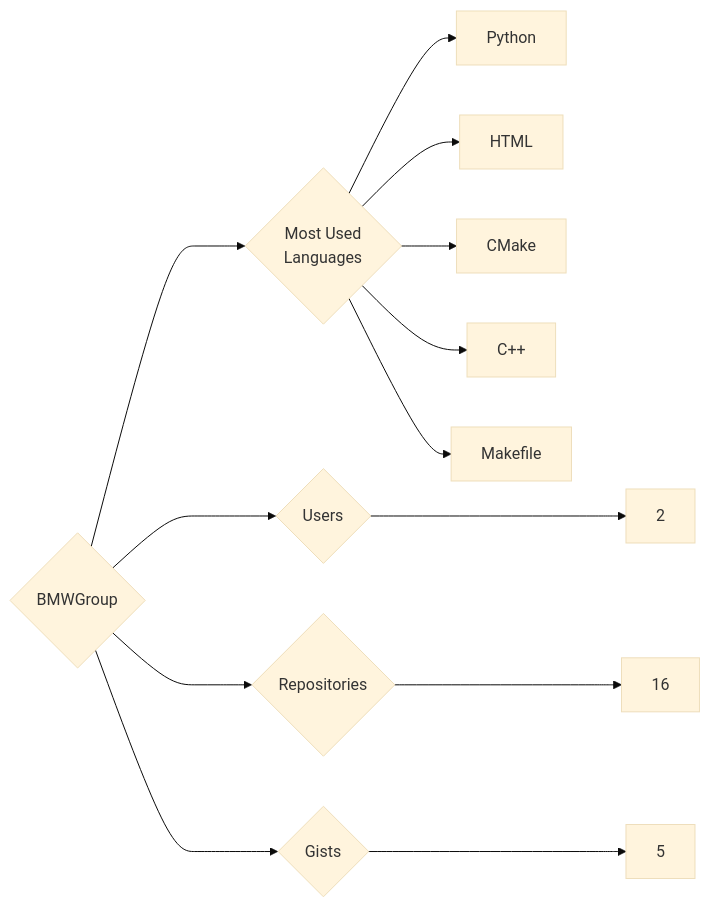
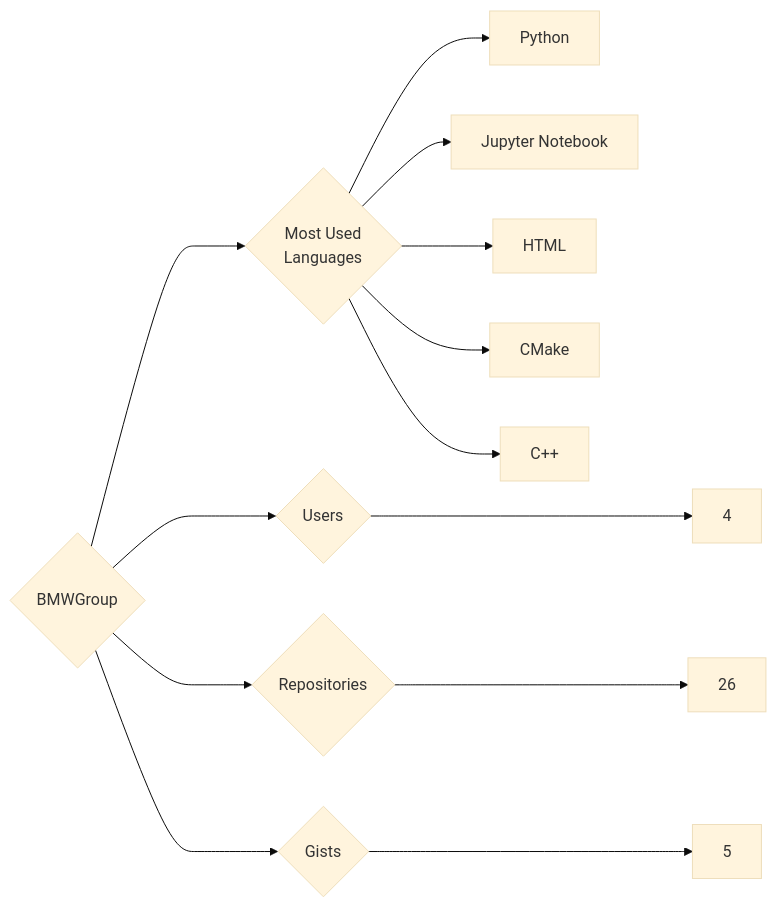
Before and after one commit to trickest/insiders: the diagram in targets/BMWGroup/README.md, drawn with Mermaid (base theme). The commit also changed 934 other files, not shown here.

````diff
--- a/targets/BMWGroup/README.md
+++ b/targets/BMWGroup/README.md
@@ -3,13 +3,13 @@
 ```mermaid
 graph LR
 COMPANY_NAME{BMWGroup}
-COMPANY_NAME ---> U{Users} ---> UN[2]
-COMPANY_NAME ---> R{Repositories} ---> RN[16]
+COMPANY_NAME ---> U{Users} ---> UN[4]
+COMPANY_NAME ---> R{Repositories} ---> RN[26]
 COMPANY_NAME ---> G{Gists} ---> GN[5]
 COMPANY_NAME ---> ML{Most Used<br>Languages}
 ML --> Python[Python]
+ML --> Jupyter_Notebook[Jupyter Notebook]
 ML --> HTML[HTML]
 ML --> CMake[CMake]
 ML --> C++[C++]
-ML --> Makefile[Makefile]
 ```
````
